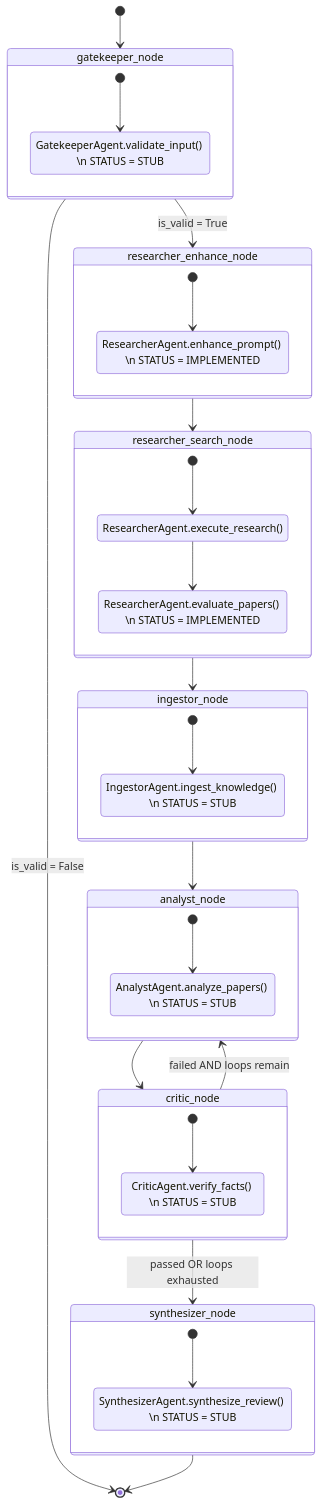
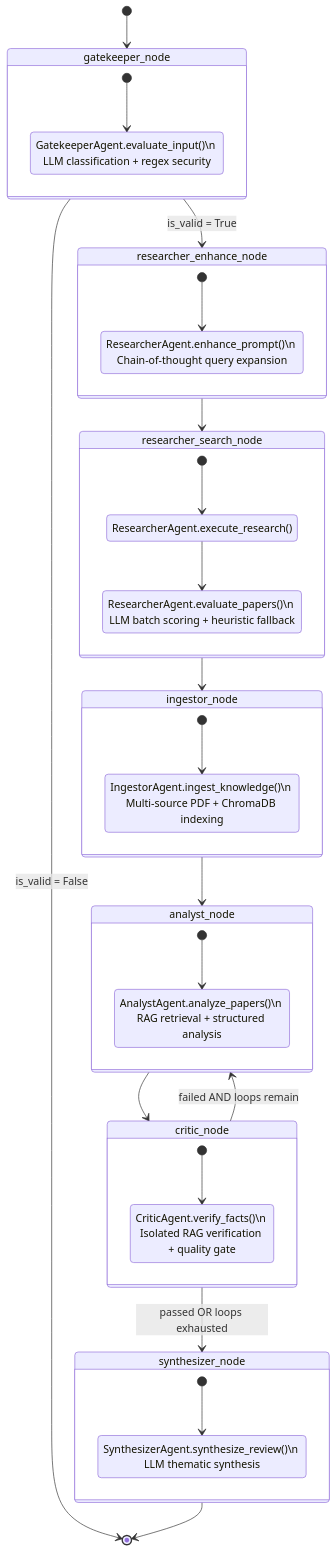
One commit to simonthomae2001-spec/SmartScholar_Evaluation changed the second of 6 diagrams in Deliverables/ARCHITECTURE_DOCUMENTATION.md. Above: the diagram before and after it, drawn with Mermaid. The commit also changed other lines of this file, not shown here.

````diff
--- a/Deliverables/ARCHITECTURE_DOCUMENTATION.md
+++ b/Deliverables/ARCHITECTURE_DOCUMENTATION.md
@@ -233,57 +354,57 @@
 ```mermaid
 stateDiagram-v2
     [*] --> gatekeeper_node
 
     gatekeeper_node --> researcher_enhance_node: is_valid = True
     gatekeeper_node --> [*]: is_valid = False
 
     researcher_enhance_node --> researcher_search_node
     researcher_search_node --> ingestor_node
     ingestor_node --> analyst_node
 
     analyst_node --> critic_node
 
     critic_node --> synthesizer_node: passed OR loops exhausted
     critic_node --> analyst_node: failed AND loops remain
 
     synthesizer_node --> [*]
 
     state gatekeeper_node {
         [*] --> Validate
-        Validate: GatekeeperAgent.validate_input() \n STATUS = STUB
+        Validate: GatekeeperAgent.evaluate_input()\n LLM classification + regex security
     }
 
     state researcher_enhance_node {
         [*] --> ExpandQueries
-        ExpandQueries: ResearcherAgent.enhance_prompt() \n STATUS = IMPLEMENTED
+        ExpandQueries: ResearcherAgent.enhance_prompt()\n Chain-of-thought query expansion
     }
 
     state researcher_search_node {
         [*] --> Search
         Search: ResearcherAgent.execute_research()
 
         Search --> Score
 
-        Score: ResearcherAgent.evaluate_papers() \n STATUS = IMPLEMENTED
+        Score: ResearcherAgent.evaluate_papers()\n LLM batch scoring + heuristic fallback
     }
 
     state ingestor_node {
         [*] --> Ingest
-        Ingest: IngestorAgent.ingest_knowledge() \n STATUS = STUB
+        Ingest: IngestorAgent.ingest_knowledge()\n Multi-source PDF + ChromaDB indexing
     }
 
     state analyst_node {
         [*] --> Analyze
-        Analyze: AnalystAgent.analyze_papers() \n STATUS = STUB
+        Analyze: AnalystAgent.analyze_papers()\n RAG retrieval + structured analysis
     }
 
     state critic_node {
         [*] --> Verify
-        Verify: CriticAgent.verify_facts() \n STATUS = STUB
+        Verify: CriticAgent.verify_facts()\n Isolated RAG verification + quality gate
     }
 
     state synthesizer_node {
         [*] --> Synthesize
-        Synthesize: SynthesizerAgent.synthesize_review() \n STATUS = STUB
+        Synthesize: SynthesizerAgent.synthesize_review()\n LLM thematic synthesis
     }
 ```
````
